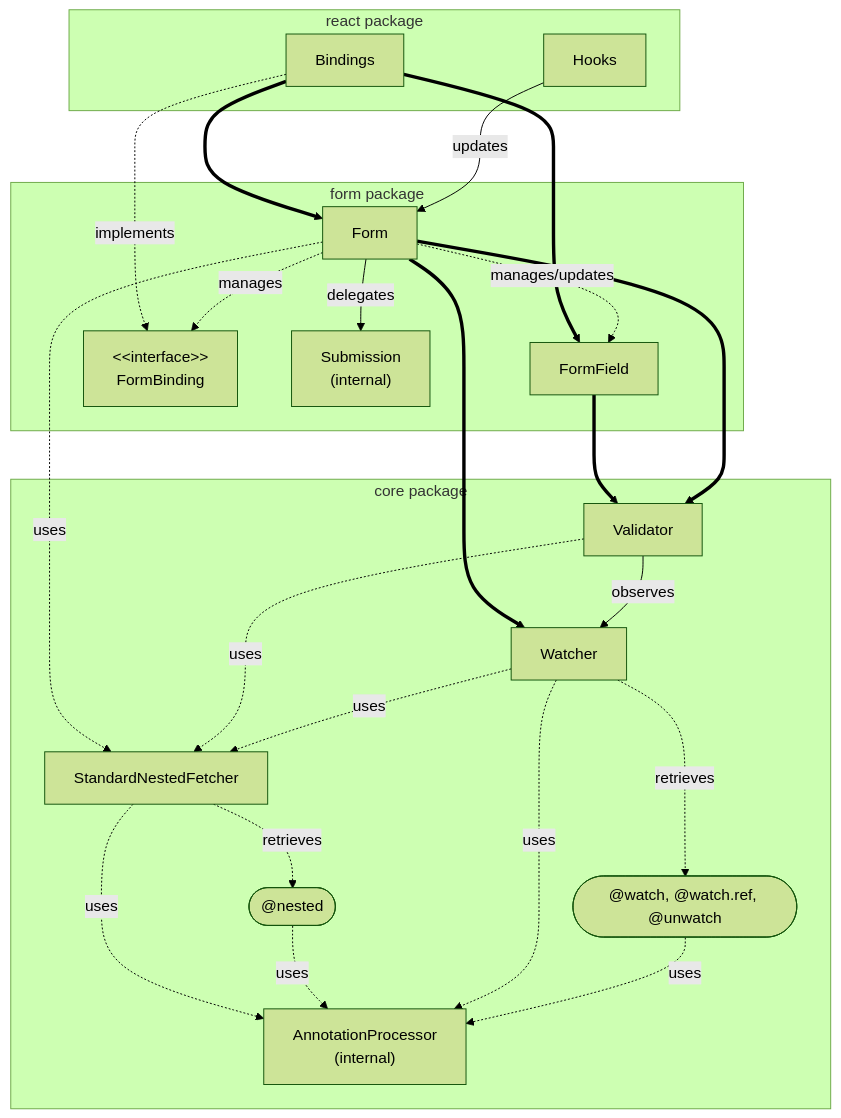
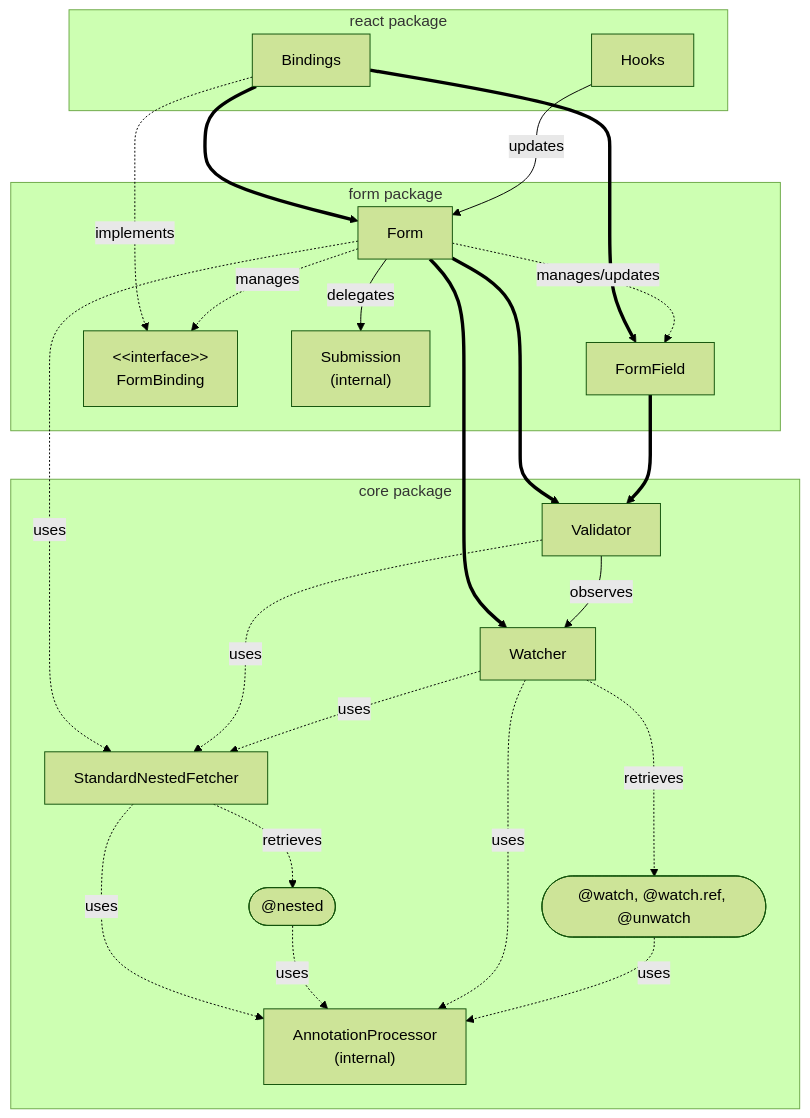
The diagram in README.md (creasty/mobx-sentinel), drawn with Mermaid (forest theme) before and after one commit. The commit also changed other lines of this file and 3 other files, not shown here.

````diff
--- a/README.md
+++ b/README.md
@@ -80,42 +88,42 @@
 ```mermaid
 graph TB
 
 %%subgraph external
 %%  Object((Object))
 %%end
 
 subgraph core package
   nested(["@nested"])
   StandardNestedFetcher -.-> |retrieves| nested
   %%StandardNestedFetcher -.-> |reads| Object
 
   watch(["@watch, @watch.ref, @unwatch"])
   Watcher -.-> |retrieves| watch
   Watcher -.-> |uses| StandardNestedFetcher
   %%Watcher --> |observes| Object
 
   Validator
   Validator --> |observes| Watcher
   Validator -.-> |uses| StandardNestedFetcher
   %%Validator --> |observes| Object
 
   watch & Watcher & nested & StandardNestedFetcher -.-> |uses| AnnotationProcessor["AnnotationProcessor<br>(internal)"]
 end
 
 subgraph form package
   Form -.-> |manages/updates| FormField
   Form -.-> |manages| FormBinding["&lt;&lt;interface&gt;&gt;<br>FormBinding"]
   %%FormBinding -.-> |references| Form & FormField
   Form ==> Watcher
-  Form & FormField ==> Validator
+  FormField & Form  ==> Validator
   Form -.-> |uses| StandardNestedFetcher
   Form --> |delegates| Submission["Submission<br>(internal)"]
 end
 
 subgraph react package
   Hooks --> |updates| Form
 
   Bindings -.-> |implements| FormBinding
   Bindings ==> Form & FormField
 end
 ```
````
